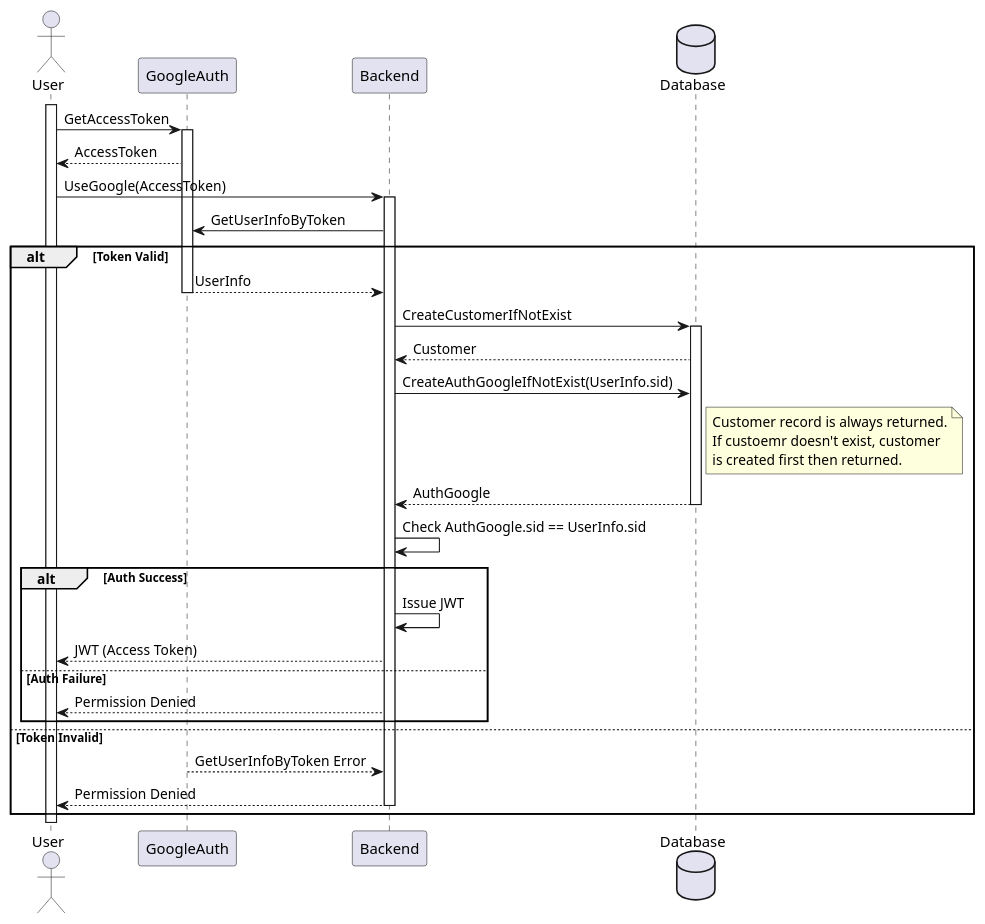
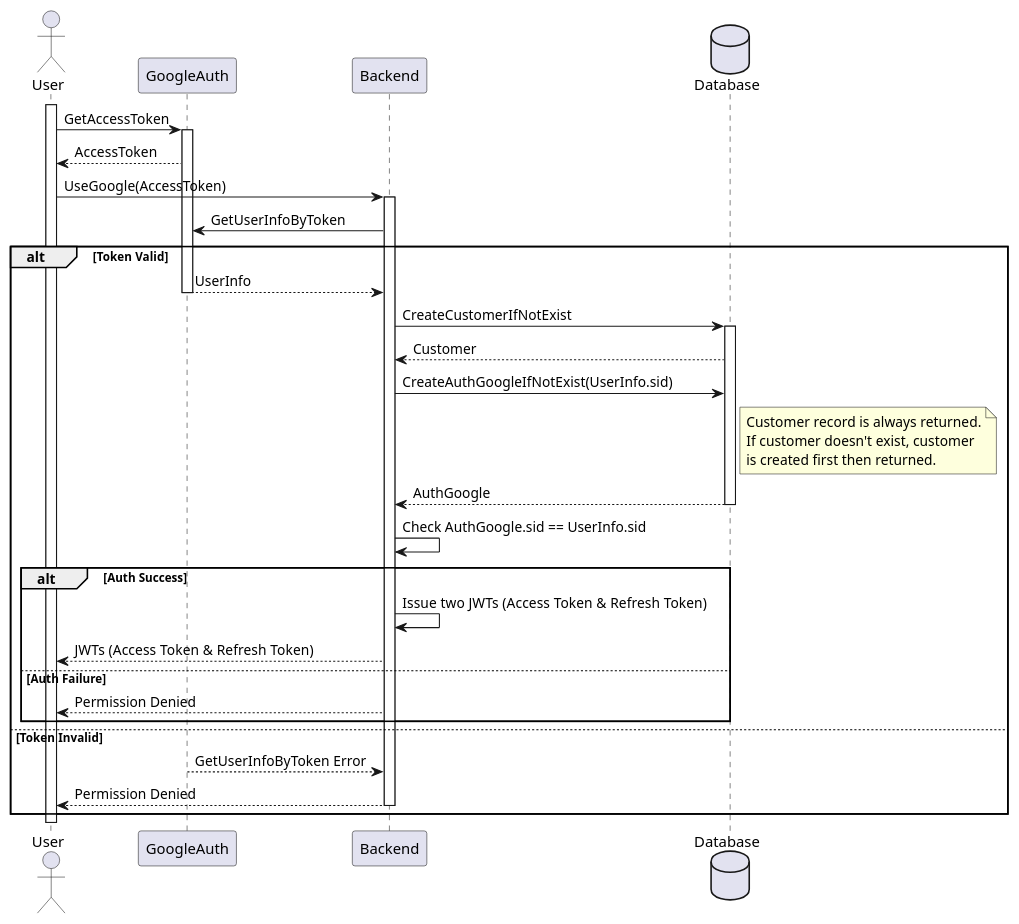
The second of 14 diagrams in docs/diagrams/sequence-diagrams/all-sequence-diagrams.puml (jadwalapp/symmetrical-spoon), drawn with PlantUML before and after one commit. The commit also changed other lines of this file and 20 other files, not shown here.

```diff
--- a/docs/diagrams/sequence-diagrams/all-sequence-diagrams.puml
+++ b/docs/diagrams/sequence-diagrams/all-sequence-diagrams.puml
@@ -48,36 +50,36 @@
 @startuml Continue with Google
 actor User
 participant GoogleAuth
 participant Backend
 database Database
 
 activate User
 
 User -> GoogleAuth ++ : GetAccessToken
 GoogleAuth --> User : AccessToken
 
 User -> Backend ++ : UseGoogle(AccessToken)
 Backend -> GoogleAuth : GetUserInfoByToken
 alt Token Valid
     GoogleAuth --> Backend -- : UserInfo
     
     Backend -> Database ++ : CreateCustomerIfNotExist
     Database --> Backend : Customer
 
     Backend -> Database : CreateAuthGoogleIfNotExist(UserInfo.sid)
-    note right of Database : Customer record is always returned.\nIf custoemr doesn't exist, customer\nis created first then returned.
+    note right of Database : Customer record is always returned.\nIf customer doesn't exist, customer\nis created first then returned.
     Database --> Backend  -- : AuthGoogle
 
     Backend -> Backend : Check AuthGoogle.sid == UserInfo.sid
     alt Auth Success
-        Backend -> Backend : Issue JWT
-        Backend --> User : JWT (Access Token)
+        Backend -> Backend : Issue two JWTs (Access Token & Refresh Token)
+        Backend --> User : JWTs (Access Token & Refresh Token)
     else Auth Failure
         Backend --> User : Permission Denied
     end
 else Token Invalid
     GoogleAuth --> Backend : GetUserInfoByToken Error
     Backend --> User -- : Permission Denied
 end
 
 @enduml
```
